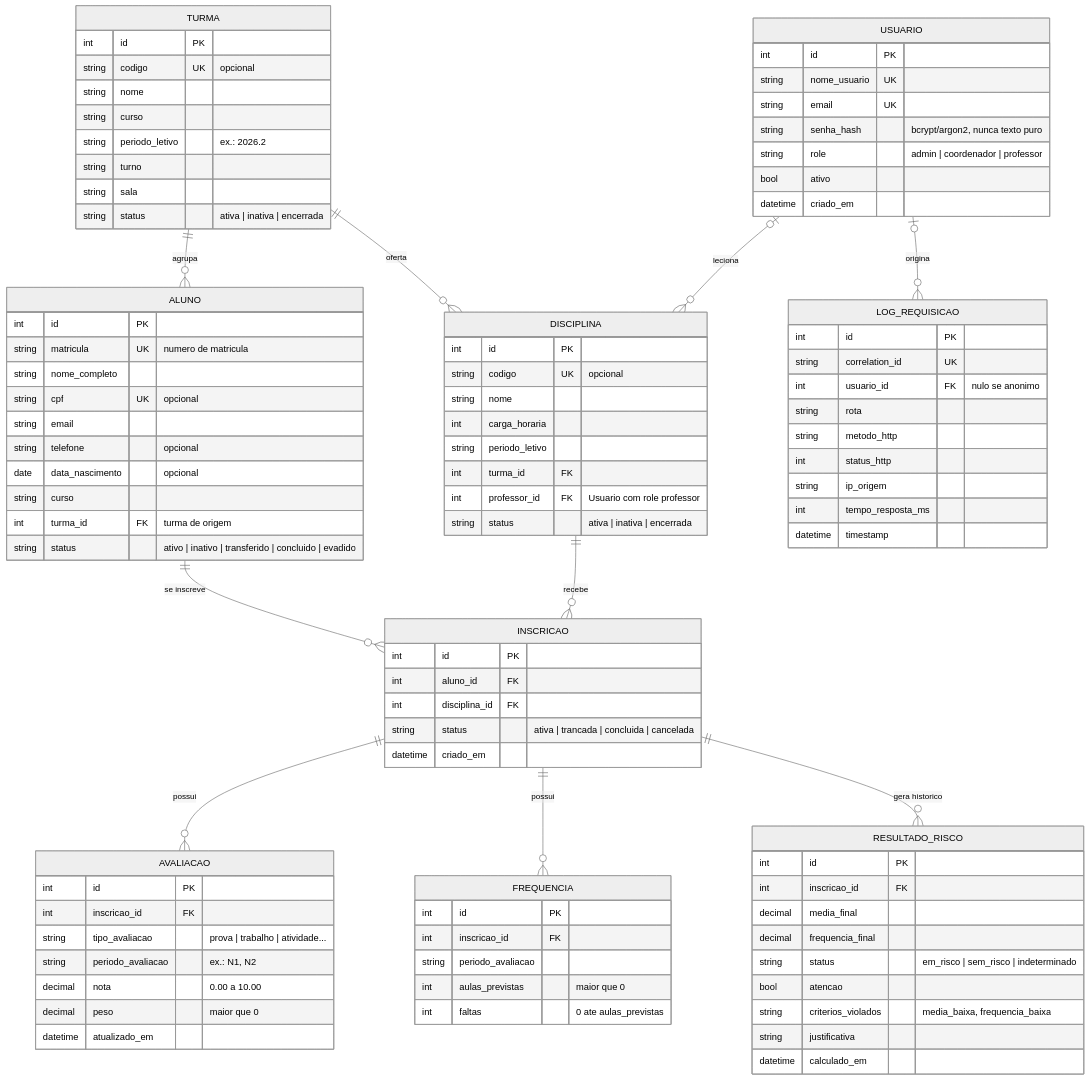
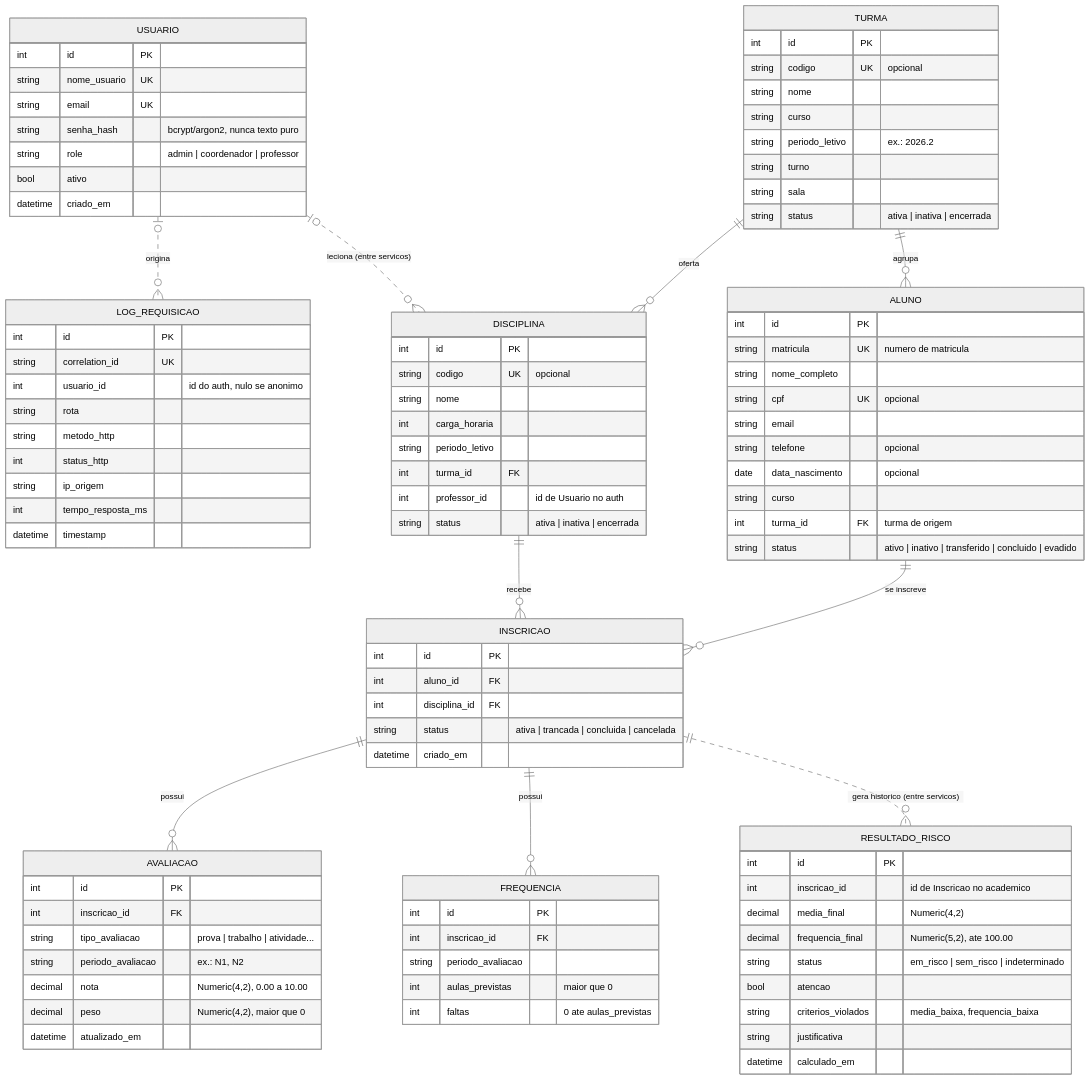
One commit to Victorfiallho/simpa changed the diagram in docs/der.md. Above: the diagram before and after it, drawn with Mermaid (neutral theme). The commit also changed other lines of this file and 91 other files, not shown here.

First line of the commit message:
feat: arquitetura em servicos com Docker Compose

````diff
--- a/docs/der.md
+++ b/docs/der.md
@@ -12,6 +20,17 @@
         string role "admin | coordenador | professor"
         bool ativo
         datetime criado_em
+    }
+    LOG_REQUISICAO {
+        int id PK
+        string correlation_id UK
+        int usuario_id "id do auth, nulo se anonimo"
+        string rota
+        string metodo_http
+        int status_http
+        string ip_origem
+        int tempo_resposta_ms
+        datetime timestamp
     }
     TURMA {
         int id PK
@@ -30,7 +49,7 @@
         int carga_horaria
         string periodo_letivo
         int turma_id FK
-        int professor_id FK "Usuario com role professor"
+        int professor_id "id de Usuario no auth"
         string status "ativa | inativa | encerrada"
     }
     ALUNO {
@@ -57,8 +76,8 @@
         int inscricao_id FK
         string tipo_avaliacao "prova | trabalho | atividade..."
         string periodo_avaliacao "ex.: N1, N2"
-        decimal nota "0.00 a 10.00"
-        decimal peso "maior que 0"
+        decimal nota "Numeric(4,2), 0.00 a 10.00"
+        decimal peso "Numeric(4,2), maior que 0"
         datetime atualizado_em
     }
     FREQUENCIA {
@@ -70,34 +89,23 @@
     }
     RESULTADO_RISCO {
         int id PK
-        int inscricao_id FK
-        decimal media_final
-        decimal frequencia_final
+        int inscricao_id "id de Inscricao no academico"
+        decimal media_final "Numeric(4,2)"
+        decimal frequencia_final "Numeric(5,2), ate 100.00"
         string status "em_risco | sem_risco | indeterminado"
         bool atencao
         string criterios_violados "media_baixa, frequencia_baixa"
         string justificativa
         datetime calculado_em
     }
-    LOG_REQUISICAO {
-        int id PK
-        string correlation_id UK
-        int usuario_id FK "nulo se anonimo"
-        string rota
-        string metodo_http
-        int status_http
-        string ip_origem
-        int tempo_resposta_ms
-        datetime timestamp
-    }
 
     TURMA      ||--o{ ALUNO           : "agrupa"
     TURMA      ||--o{ DISCIPLINA      : "oferta"
-    USUARIO    |o--o{ DISCIPLINA      : "leciona"
     ALUNO      ||--o{ INSCRICAO       : "se inscreve"
     DISCIPLINA ||--o{ INSCRICAO       : "recebe"
     INSCRICAO  ||--o{ AVALIACAO       : "possui"
     INSCRICAO  ||--o{ FREQUENCIA      : "possui"
-    INSCRICAO  ||--o{ RESULTADO_RISCO : "gera historico"
-    USUARIO    |o--o{ LOG_REQUISICAO  : "origina"
+    USUARIO    |o..o{ DISCIPLINA      : "leciona (entre servicos)"
+    USUARIO    |o..o{ LOG_REQUISICAO  : "origina"
+    INSCRICAO  ||..o{ RESULTADO_RISCO : "gera historico (entre servicos)"
 ```
````
